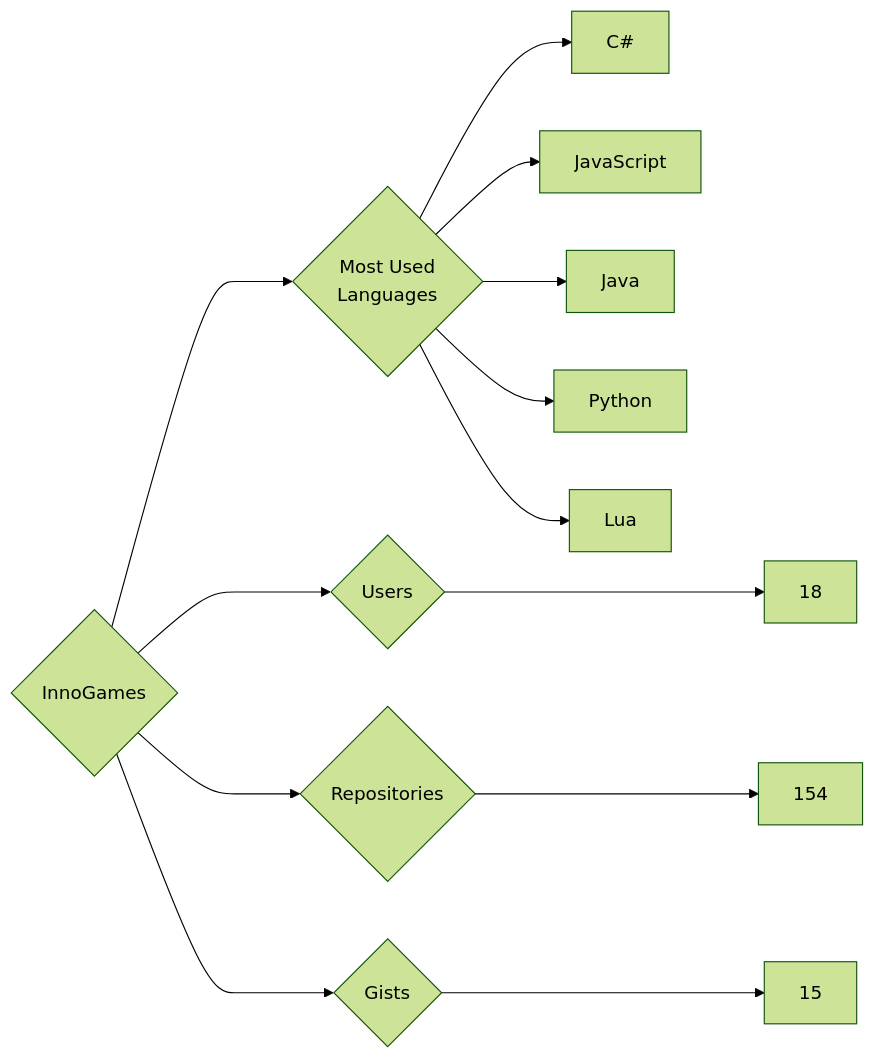
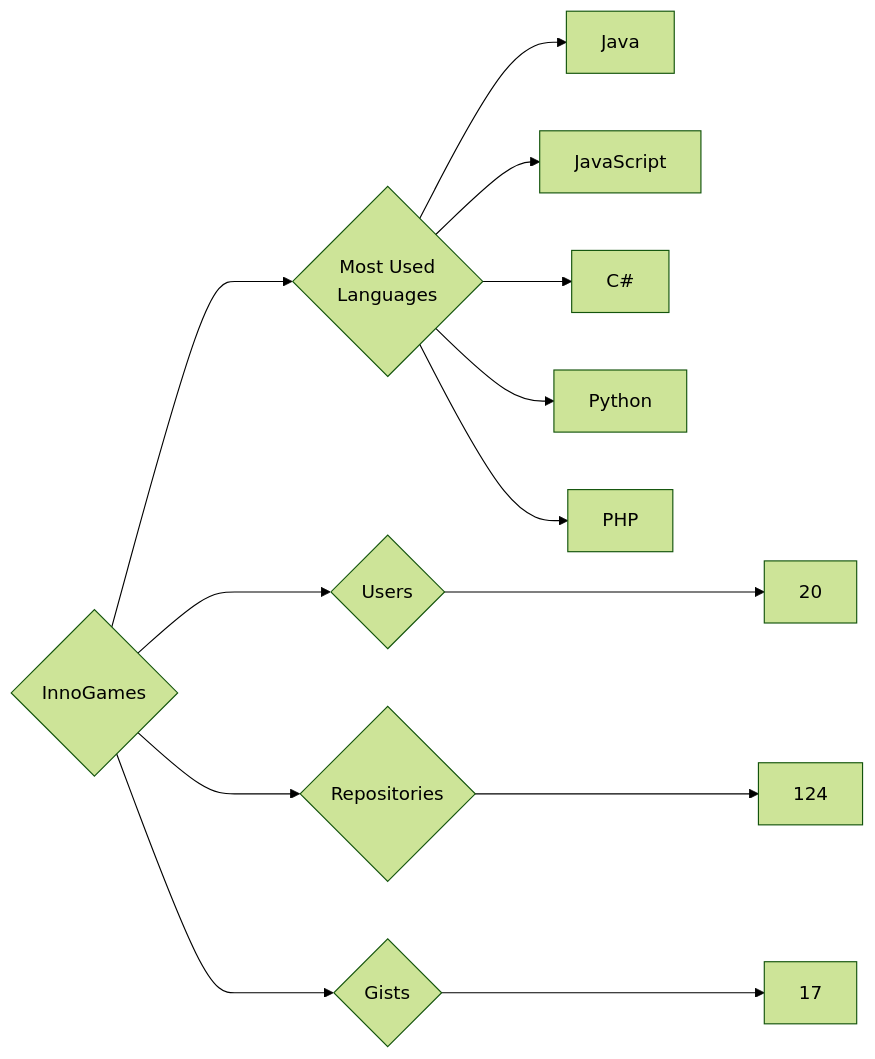
One commit to trickest/insiders changed the diagram in targets/InnoGames/README.md. Above: the diagram before and after it, drawn with Mermaid (forest theme). The commit also changed 772 other files, not shown here.

````diff
--- a/targets/InnoGames/README.md
+++ b/targets/InnoGames/README.md
@@ -3,13 +3,13 @@
 ```mermaid
 graph LR
 COMPANY_NAME{InnoGames}
-COMPANY_NAME ---> U{Users} ---> UN[18]
-COMPANY_NAME ---> R{Repositories} ---> RN[154]
-COMPANY_NAME ---> G{Gists} ---> GN[15]
+COMPANY_NAME ---> U{Users} ---> UN[20]
+COMPANY_NAME ---> R{Repositories} ---> RN[124]
+COMPANY_NAME ---> G{Gists} ---> GN[17]
 COMPANY_NAME ---> ML{Most Used<br>Languages}
+ML --> Java[Java]
+ML --> JavaScript[JavaScript]
 ML --> C#[C#]
-ML --> JavaScript[JavaScript]
-ML --> Java[Java]
 ML --> Python[Python]
-ML --> Lua[Lua]
+ML --> PHP[PHP]
 ```
````
